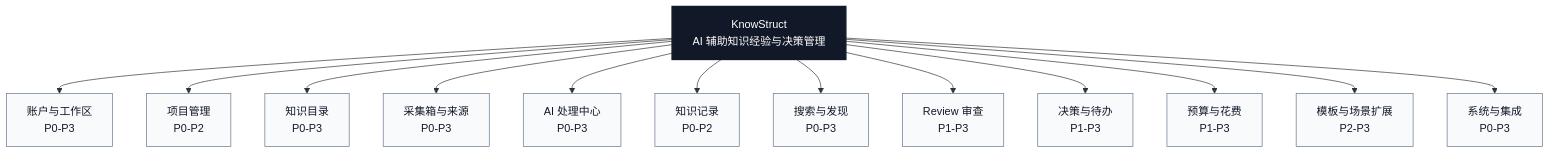
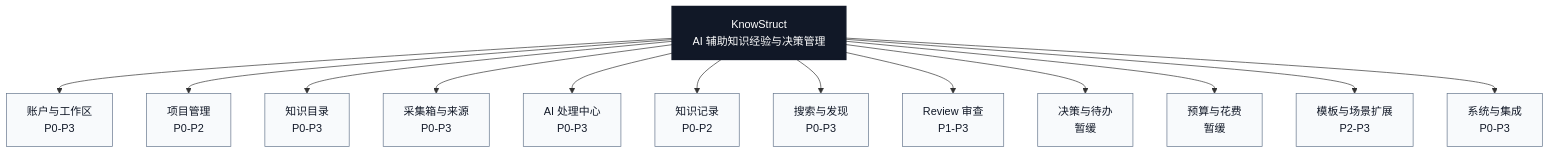
Before and after one commit to zxaptx4869/KnowStruct: the first of 7 diagrams in docs/功能结构图与优先级.md, drawn with Mermaid. The commit also changed other lines of this file and 6 other files, not shown here.

````diff
--- a/docs/功能结构图与优先级.md
+++ b/docs/功能结构图与优先级.md
@@ -27,22 +30,22 @@
 ```mermaid
 flowchart TB
     ROOT["KnowStruct<br/>AI 辅助知识经验与决策管理"]
 
     ROOT --> A["账户与工作区<br/>P0-P3"]
     ROOT --> B["项目管理<br/>P0-P2"]
     ROOT --> C["知识目录<br/>P0-P3"]
     ROOT --> D["采集箱与来源<br/>P0-P3"]
     ROOT --> E["AI 处理中心<br/>P0-P3"]
     ROOT --> F["知识记录<br/>P0-P2"]
     ROOT --> G["搜索与发现<br/>P0-P3"]
     ROOT --> H["Review 审查<br/>P1-P3"]
-    ROOT --> I["决策与待办<br/>P1-P3"]
-    ROOT --> J["预算与花费<br/>P1-P3"]
+    ROOT --> I["决策与待办<br/>暂缓"]
+    ROOT --> J["预算与花费<br/>暂缓"]
     ROOT --> K["模板与场景扩展<br/>P2-P3"]
     ROOT --> L["系统与集成<br/>P0-P3"]
 
     classDef root fill:#111827,color:#ffffff,stroke:#111827,stroke-width:2px;
     classDef domain fill:#f8fafc,color:#111827,stroke:#64748b,stroke-width:1px;
     class ROOT root;
     class A,B,C,D,E,F,G,H,I,J,K,L domain;
 ```
````
